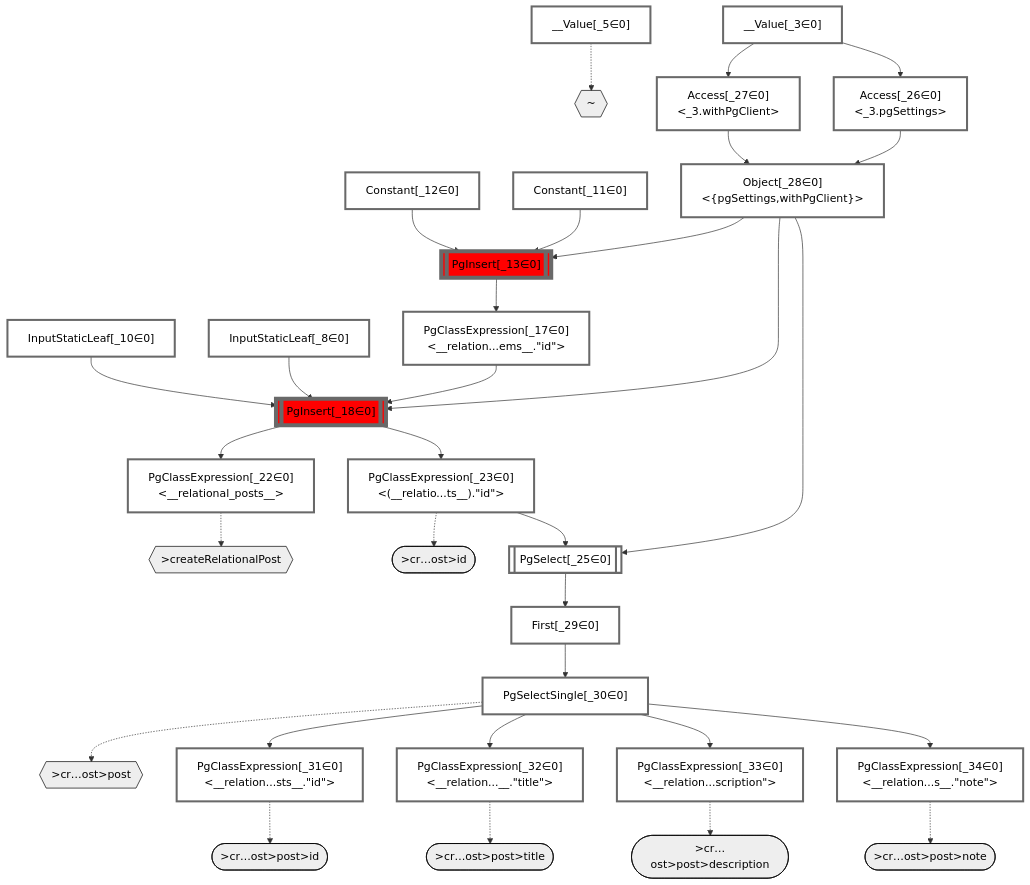
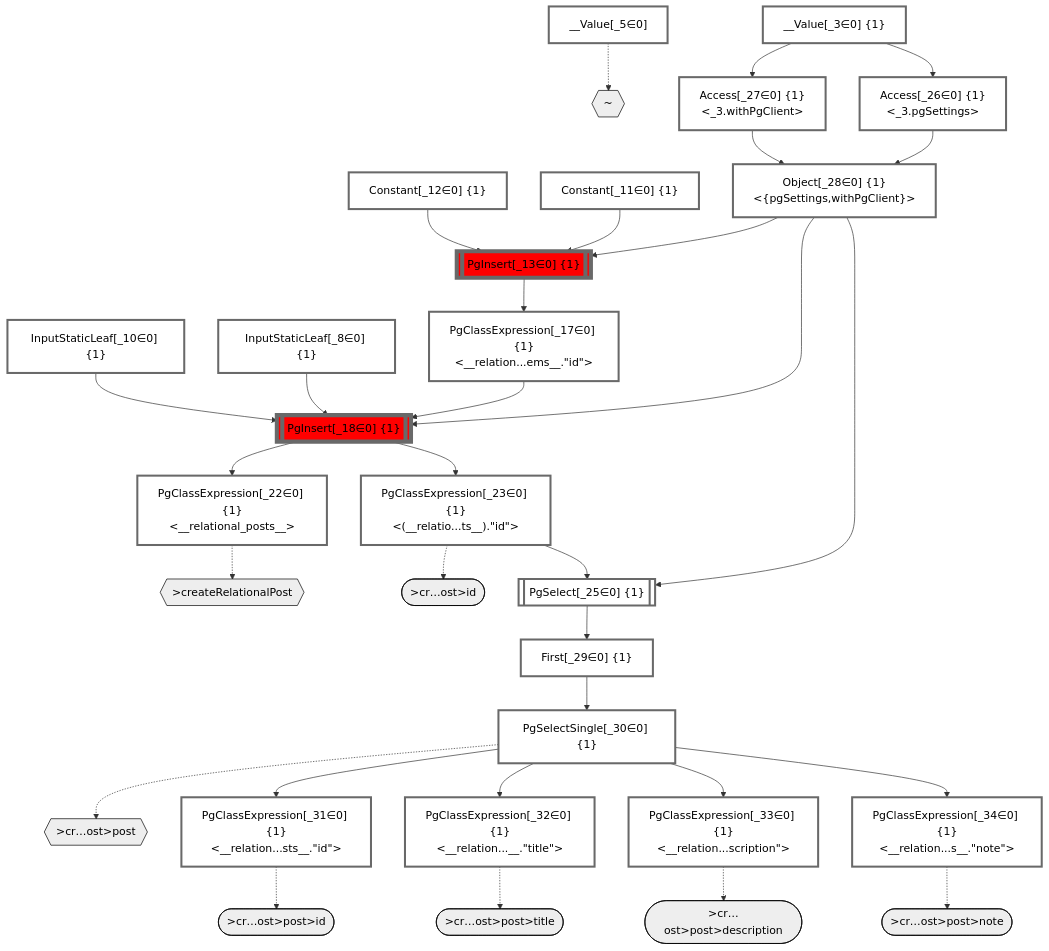
Before and after one commit to graphile/crystal: the diagram in packages/dataplan-pg/__tests__/mutations/basics/create-relational-post-default-description.mermaid.md, drawn with Mermaid. The commit also changed 46 other files, not shown here.

Commit message:
Add groupIds to plan graphs

```diff
--- a/packages/dataplan-pg/__tests__/mutations/basics/create-relational-post-default-description.mermaid.md
+++ b/packages/dataplan-pg/__tests__/mutations/basics/create-relational-post-default-description.mermaid.md
@@ -24,27 +24,27 @@
     %% end
 
     %% define plans
-    __Value_3["__Value[_3∈0]<br /><context>"]:::plan
+    __Value_3["__Value[_3∈0] {1}<br /><context>"]:::plan
     __Value_5["__Value[_5∈0]<br /><rootValue>"]:::plan
-    InputStaticLeaf_8["InputStaticLeaf[_8∈0]"]:::plan
-    InputStaticLeaf_10["InputStaticLeaf[_10∈0]"]:::plan
-    Constant_11["Constant[_11∈0]"]:::plan
-    Constant_12["Constant[_12∈0]"]:::plan
-    PgInsert_13[["PgInsert[_13∈0]"]]:::sideeffectplan
-    PgClassExpression_17["PgClassExpression[_17∈0]<br /><__relation...ems__.#quot;id#quot;>"]:::plan
-    PgInsert_18[["PgInsert[_18∈0]"]]:::sideeffectplan
-    PgClassExpression_22["PgClassExpression[_22∈0]<br /><__relational_posts__>"]:::plan
-    PgClassExpression_23["PgClassExpression[_23∈0]<br /><(__relatio...ts__).#quot;id#quot;>"]:::plan
-    PgSelect_25[["PgSelect[_25∈0]<br /><relational_posts>"]]:::plan
-    Access_26["Access[_26∈0]<br /><_3.pgSettings>"]:::plan
-    Access_27["Access[_27∈0]<br /><_3.withPgClient>"]:::plan
-    Object_28["Object[_28∈0]<br /><{pgSettings,withPgClient}>"]:::plan
-    First_29["First[_29∈0]"]:::plan
-    PgSelectSingle_30["PgSelectSingle[_30∈0]<br /><relational_posts>"]:::plan
-    PgClassExpression_31["PgClassExpression[_31∈0]<br /><__relation...sts__.#quot;id#quot;>"]:::plan
-    PgClassExpression_32["PgClassExpression[_32∈0]<br /><__relation...__.#quot;title#quot;>"]:::plan
-    PgClassExpression_33["PgClassExpression[_33∈0]<br /><__relation...scription#quot;>"]:::plan
-    PgClassExpression_34["PgClassExpression[_34∈0]<br /><__relation...s__.#quot;note#quot;>"]:::plan
+    InputStaticLeaf_8["InputStaticLeaf[_8∈0] {1}"]:::plan
+    InputStaticLeaf_10["InputStaticLeaf[_10∈0] {1}"]:::plan
+    Constant_11["Constant[_11∈0] {1}"]:::plan
+    Constant_12["Constant[_12∈0] {1}"]:::plan
+    PgInsert_13[["PgInsert[_13∈0] {1}"]]:::sideeffectplan
+    PgClassExpression_17["PgClassExpression[_17∈0] {1}<br /><__relation...ems__.#quot;id#quot;>"]:::plan
+    PgInsert_18[["PgInsert[_18∈0] {1}"]]:::sideeffectplan
+    PgClassExpression_22["PgClassExpression[_22∈0] {1}<br /><__relational_posts__>"]:::plan
+    PgClassExpression_23["PgClassExpression[_23∈0] {1}<br /><(__relatio...ts__).#quot;id#quot;>"]:::plan
+    PgSelect_25[["PgSelect[_25∈0] {1}<br /><relational_posts>"]]:::plan
+    Access_26["Access[_26∈0] {1}<br /><_3.pgSettings>"]:::plan
+    Access_27["Access[_27∈0] {1}<br /><_3.withPgClient>"]:::plan
+    Object_28["Object[_28∈0] {1}<br /><{pgSettings,withPgClient}>"]:::plan
+    First_29["First[_29∈0] {1}"]:::plan
+    PgSelectSingle_30["PgSelectSingle[_30∈0] {1}<br /><relational_posts>"]:::plan
+    PgClassExpression_31["PgClassExpression[_31∈0] {1}<br /><__relation...sts__.#quot;id#quot;>"]:::plan
+    PgClassExpression_32["PgClassExpression[_32∈0] {1}<br /><__relation...__.#quot;title#quot;>"]:::plan
+    PgClassExpression_33["PgClassExpression[_33∈0] {1}<br /><__relation...scription#quot;>"]:::plan
+    PgClassExpression_34["PgClassExpression[_34∈0] {1}<br /><__relation...s__.#quot;note#quot;>"]:::plan
 
     %% plan dependencies
     Object_28 --> PgInsert_13
```
